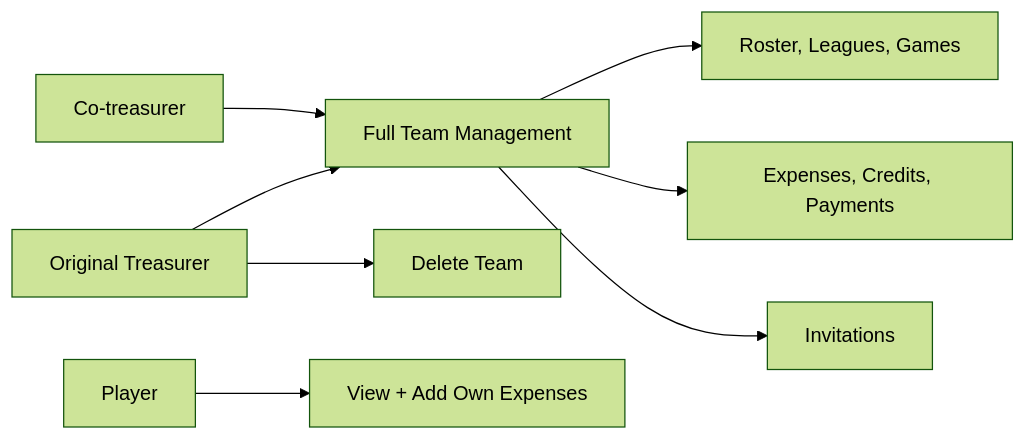
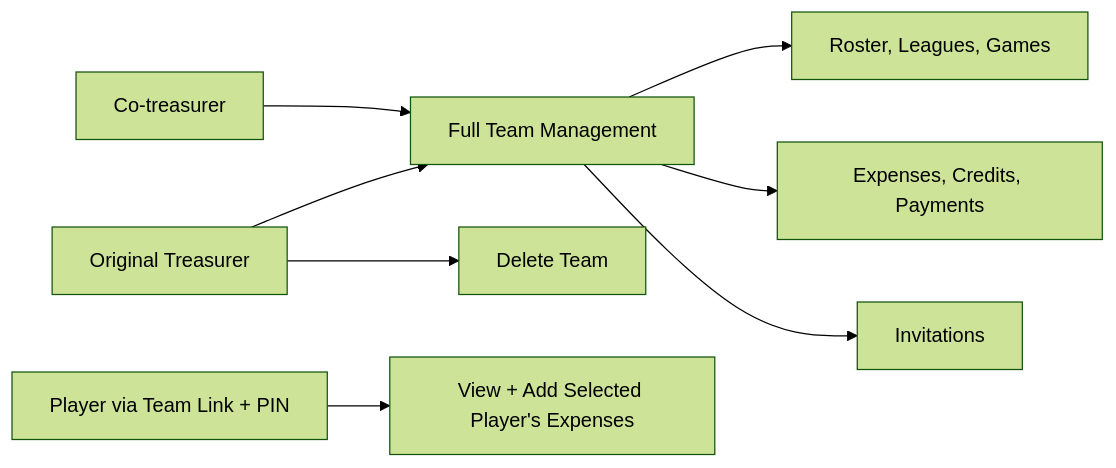
One commit to SaiduM/WicketSplit changed the third of 4 diagrams in docs/HLD.md. Above: the diagram before and after it, drawn with Mermaid (forest theme). The commit also changed other lines of this file and 18 other files, not shown here.

Commit message:
Add shared team member access

````diff
--- a/docs/HLD.md
+++ b/docs/HLD.md
@@ -78,11 +82,11 @@
 ```mermaid
 flowchart LR
     Owner["Original Treasurer"] --> Full["Full Team Management"]
     Co["Co-treasurer"] --> Full
-    Member["Player"] --> Limited["View + Add Own Expenses"]
+    Member["Player via Team Link + PIN"] --> Limited["View + Add Selected Player's Expenses"]
 
     Full --> Setup["Roster, Leagues, Games"]
     Full --> Finance["Expenses, Credits, Payments"]
     Full --> Invites["Invitations"]
     Owner --> Delete["Delete Team"]
 ```
````
